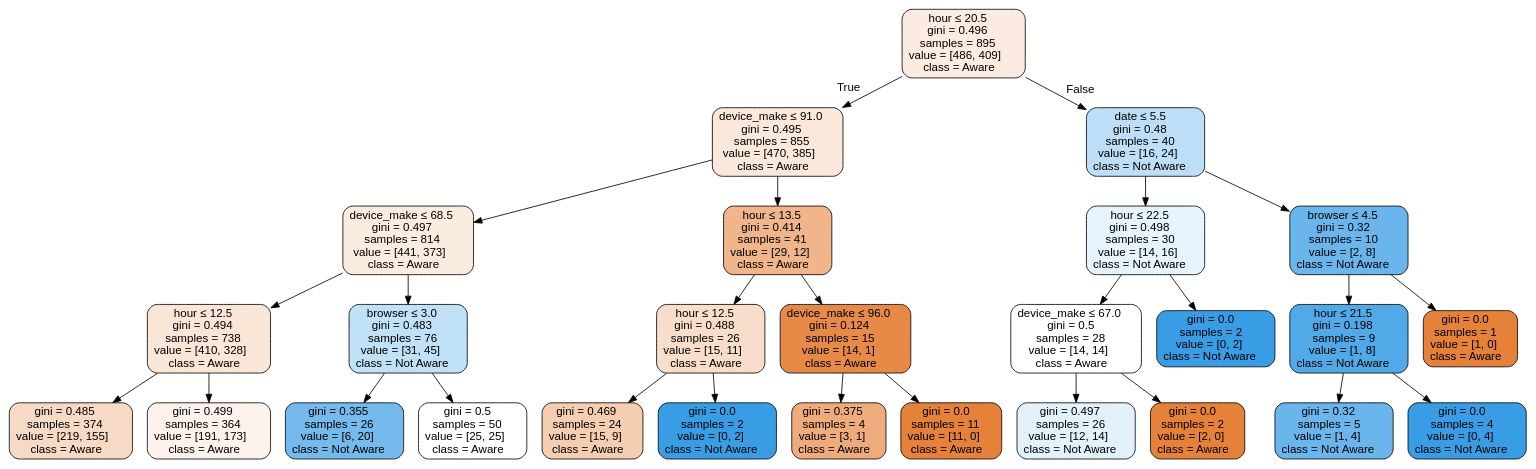
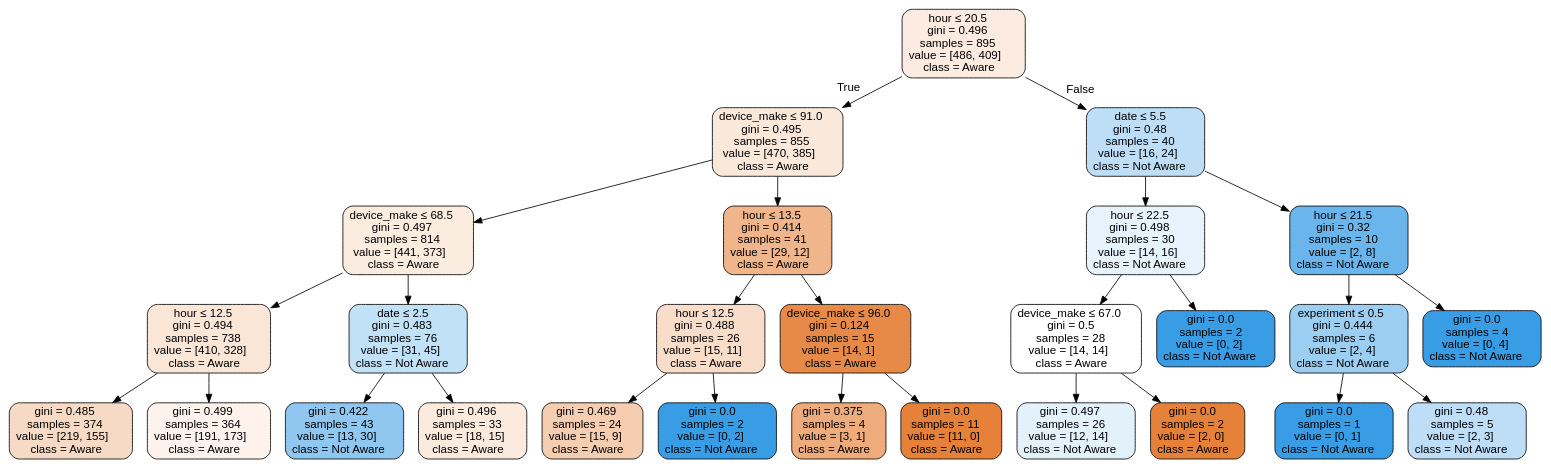
Before and after one commit to nebasam/abtest_mlops: the diagram in notebooks/AbTestDecisionTree.dot, drawn with Graphviz. The commit also changed 3 other files, not shown here.

```diff
--- a/notebooks/AbTestDecisionTree.dot
+++ b/notebooks/AbTestDecisionTree.dot
@@ -1,57 +1,57 @@
 digraph Tree {
 node [shape=box, style="filled, rounded", color="black", fontname=helvetica] ;
 edge [fontname=helvetica] ;
 0 [label=<hour &le; 20.5<br/>gini = 0.496<br/>samples = 895<br/>value = [486, 409]<br/>class = Aware>, fillcolor="#fbebe0"] ;
 1 [label=<device_make &le; 91.0<br/>gini = 0.495<br/>samples = 855<br/>value = [470, 385]<br/>class = Aware>, fillcolor="#fae8db"] ;
 0 -> 1 [labeldistance=2.5, labelangle=45, headlabel="True"] ;
 2 [label=<device_make &le; 68.5<br/>gini = 0.497<br/>samples = 814<br/>value = [441, 373]<br/>class = Aware>, fillcolor="#fbece0"] ;
 1 -> 2 ;
 3 [label=<hour &le; 12.5<br/>gini = 0.494<br/>samples = 738<br/>value = [410, 328]<br/>class = Aware>, fillcolor="#fae6d7"] ;
 2 -> 3 ;
 4 [label=<gini = 0.485<br/>samples = 374<br/>value = [219, 155]<br/>class = Aware>, fillcolor="#f7dac5"] ;
 3 -> 4 ;
 5 [label=<gini = 0.499<br/>samples = 364<br/>value = [191, 173]<br/>class = Aware>, fillcolor="#fdf3ec"] ;
 3 -> 5 ;
-6 [label=<browser &le; 3.0<br/>gini = 0.483<br/>samples = 76<br/>value = [31, 45]<br/>class = Not Aware>, fillcolor="#c1e1f7"] ;
+6 [label=<date &le; 2.5<br/>gini = 0.483<br/>samples = 76<br/>value = [31, 45]<br/>class = Not Aware>, fillcolor="#c1e1f7"] ;
 2 -> 6 ;
-7 [label=<gini = 0.355<br/>samples = 26<br/>value = [6, 20]<br/>class = Not Aware>, fillcolor="#74baed"] ;
+7 [label=<gini = 0.422<br/>samples = 43<br/>value = [13, 30]<br/>class = Not Aware>, fillcolor="#8fc7f0"] ;
 6 -> 7 ;
-8 [label=<gini = 0.5<br/>samples = 50<br/>value = [25, 25]<br/>class = Aware>, fillcolor="#ffffff"] ;
+8 [label=<gini = 0.496<br/>samples = 33<br/>value = [18, 15]<br/>class = Aware>, fillcolor="#fbeade"] ;
 6 -> 8 ;
 9 [label=<hour &le; 13.5<br/>gini = 0.414<br/>samples = 41<br/>value = [29, 12]<br/>class = Aware>, fillcolor="#f0b58b"] ;
 1 -> 9 ;
 10 [label=<hour &le; 12.5<br/>gini = 0.488<br/>samples = 26<br/>value = [15, 11]<br/>class = Aware>, fillcolor="#f8ddca"] ;
 9 -> 10 ;
 11 [label=<gini = 0.469<br/>samples = 24<br/>value = [15, 9]<br/>class = Aware>, fillcolor="#f5cdb0"] ;
 10 -> 11 ;
 12 [label=<gini = 0.0<br/>samples = 2<br/>value = [0, 2]<br/>class = Not Aware>, fillcolor="#399de5"] ;
 10 -> 12 ;
 13 [label=<device_make &le; 96.0<br/>gini = 0.124<br/>samples = 15<br/>value = [14, 1]<br/>class = Aware>, fillcolor="#e78a47"] ;
 9 -> 13 ;
 14 [label=<gini = 0.375<br/>samples = 4<br/>value = [3, 1]<br/>class = Aware>, fillcolor="#eeab7b"] ;
 13 -> 14 ;
 15 [label=<gini = 0.0<br/>samples = 11<br/>value = [11, 0]<br/>class = Aware>, fillcolor="#e58139"] ;
 13 -> 15 ;
 16 [label=<date &le; 5.5<br/>gini = 0.48<br/>samples = 40<br/>value = [16, 24]<br/>class = Not Aware>, fillcolor="#bddef6"] ;
 0 -> 16 [labeldistance=2.5, labelangle=-45, headlabel="False"] ;
 17 [label=<hour &le; 22.5<br/>gini = 0.498<br/>samples = 30<br/>value = [14, 16]<br/>class = Not Aware>, fillcolor="#e6f3fc"] ;
 16 -> 17 ;
 18 [label=<device_make &le; 67.0<br/>gini = 0.5<br/>samples = 28<br/>value = [14, 14]<br/>class = Aware>, fillcolor="#ffffff"] ;
 17 -> 18 ;
 19 [label=<gini = 0.497<br/>samples = 26<br/>value = [12, 14]<br/>class = Not Aware>, fillcolor="#e3f1fb"] ;
 18 -> 19 ;
 20 [label=<gini = 0.0<br/>samples = 2<br/>value = [2, 0]<br/>class = Aware>, fillcolor="#e58139"] ;
 18 -> 20 ;
 21 [label=<gini = 0.0<br/>samples = 2<br/>value = [0, 2]<br/>class = Not Aware>, fillcolor="#399de5"] ;
 17 -> 21 ;
-22 [label=<browser &le; 4.5<br/>gini = 0.32<br/>samples = 10<br/>value = [2, 8]<br/>class = Not Aware>, fillcolor="#6ab6ec"] ;
+22 [label=<hour &le; 21.5<br/>gini = 0.32<br/>samples = 10<br/>value = [2, 8]<br/>class = Not Aware>, fillcolor="#6ab6ec"] ;
 16 -> 22 ;
-23 [label=<hour &le; 21.5<br/>gini = 0.198<br/>samples = 9<br/>value = [1, 8]<br/>class = Not Aware>, fillcolor="#52a9e8"] ;
+23 [label=<experiment &le; 0.5<br/>gini = 0.444<br/>samples = 6<br/>value = [2, 4]<br/>class = Not Aware>, fillcolor="#9ccef2"] ;
 22 -> 23 ;
-24 [label=<gini = 0.32<br/>samples = 5<br/>value = [1, 4]<br/>class = Not Aware>, fillcolor="#6ab6ec"] ;
+24 [label=<gini = 0.0<br/>samples = 1<br/>value = [0, 1]<br/>class = Not Aware>, fillcolor="#399de5"] ;
 23 -> 24 ;
-25 [label=<gini = 0.0<br/>samples = 4<br/>value = [0, 4]<br/>class = Not Aware>, fillcolor="#399de5"] ;
+25 [label=<gini = 0.48<br/>samples = 5<br/>value = [2, 3]<br/>class = Not Aware>, fillcolor="#bddef6"] ;
 23 -> 25 ;
-26 [label=<gini = 0.0<br/>samples = 1<br/>value = [1, 0]<br/>class = Aware>, fillcolor="#e58139"] ;
+26 [label=<gini = 0.0<br/>samples = 4<br/>value = [0, 4]<br/>class = Not Aware>, fillcolor="#399de5"] ;
 22 -> 26 ;
 }
```
